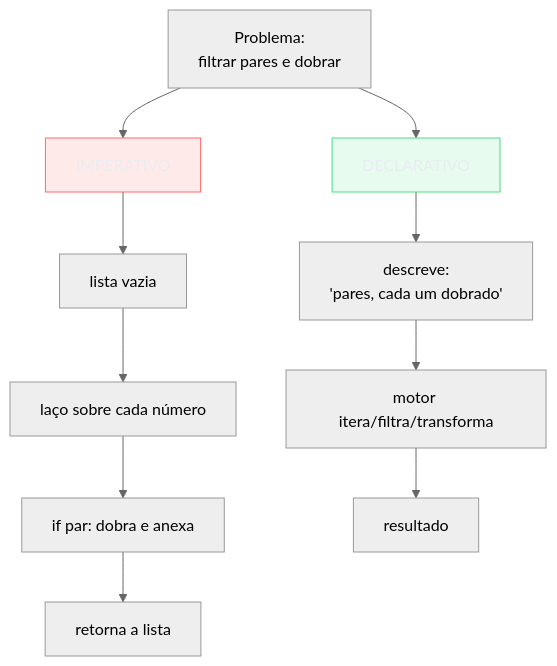
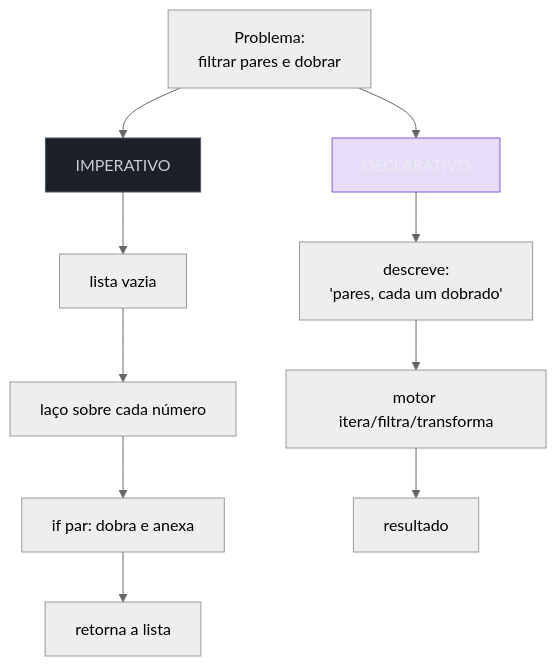
One commit to josenaldo/codex-technomanticus changed the third of 4 diagrams in 03-Dominios/Ciência/Paradigmas/04 - O paradigma declarativo.md. Above: the diagram before and after it, drawn with Mermaid (neutral theme). The commit also changed other lines of this file and 601 other files, not shown here.

````diff
--- a/03-Dominios/Ciência/Paradigmas/04 - O paradigma declarativo.md
+++ b/03-Dominios/Ciência/Paradigmas/04 - O paradigma declarativo.md
@@ -172,17 +172,17 @@
 ```mermaid
 flowchart TD
-    classDef falha fill:#FF6B6B24,stroke:#FF6B6B,color:#E9ECF2
-    classDef ok fill:#4ADE8021,stroke:#4ADE80,color:#E9ECF2
+    classDef marca fill:#8855DF33,stroke:#8855DF,color:#E9ECF2
+    classDef neutro fill:#1B2029,stroke:#4E5666,color:#C6CCD8
     P["Problema:<br/>filtrar pares e dobrar"]
     P --> I["IMPERATIVO"]
     P --> D["DECLARATIVO"]
     I --> I1["lista vazia"]
     I1 --> I2["laço sobre cada número"]
     I2 --> I3["if par: dobra e anexa"]
     I3 --> I4["retorna a lista"]
     D --> D1["descreve:<br/>'pares, cada um dobrado'"]
     D1 --> D2["motor itera/filtra/transforma"]
     D2 --> D3["resultado"]
-    class I falha
-    class D ok
+    class I neutro
+    class D marca
 ```
````
